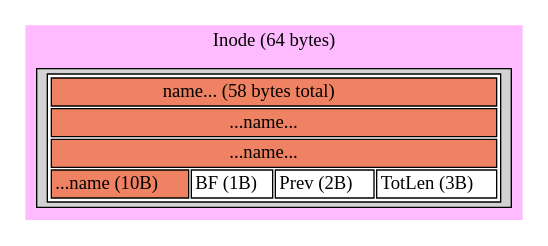
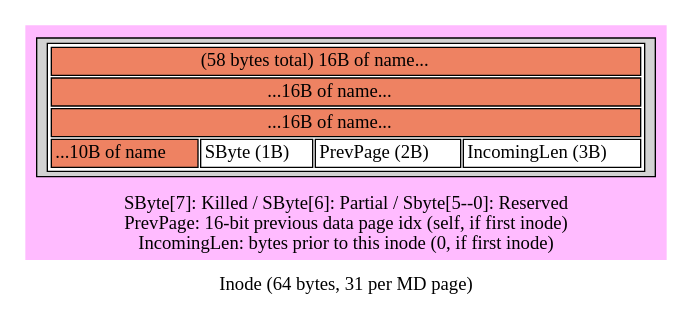
The diagram in 002-µnandfs/inode.dot (dirty-south-supercomputing/technicalreports), drawn with Graphviz before and after one commit. The commit also changed 4 other files, not shown here.

Commit message:
[002] improve metapage/inode diagrams

```diff
--- a/002-µnandfs/inode.dot
+++ b/002-µnandfs/inode.dot
@@ -1,32 +1,33 @@
 digraph G {
 	nodesep="0.1"
 	rankdir=RL;
 		subgraph clusterZoneA {
 			color=plum1;
 			style=filled;
-			label="bl0";
 			b0 [style=filled,shape=record,label=
 <<table bgcolor="white">
 <tr width="100%">
-<td colspan="4" bgcolor="salmon2">name... (58 bytes total)</td>
+<td colspan="4" bgcolor="salmon2">(58 bytes total) 16B of name...</td>
 </tr>
 
 <tr>
-<td colspan="4" bgcolor="salmon2">...name...</td>
+<td colspan="4" bgcolor="salmon2">...16B of name...</td>
 </tr>
 
 <tr>
-<td colspan="4" bgcolor="salmon2">...name...</td>
+<td colspan="4" bgcolor="salmon2">...16B of name...</td>
 </tr>
 
 <tr>
-<td width="63%" bgcolor="salmon2">...name (10B)</td>
-<td width="6%">BF (1B)</td>
-<td width="12%">Prev (2B)</td>
-<td width="19%">TotLen (3B)</td>
+<td width="63%" bgcolor="salmon2">...10B of name</td>
+<td width="6%">SByte (1B)</td>
+<td width="12%">PrevPage (2B)</td>
+<td width="19%">IncomingLen (3B)</td>
 </tr>
 </table>>
 ];
-			label="Inode (64 bytes)";
+		  labelloc="b";
+      label="SByte[7]: Killed / SByte[6]: Partial / Sbyte[5--0]: Reserved\nPrevPage: 16-bit previous data page idx (self, if first inode)\nIncomingLen: bytes prior to this inode (0, if first inode)";
 		}
+	label="Inode (64 bytes, 31 per MD page)";
 }
```
